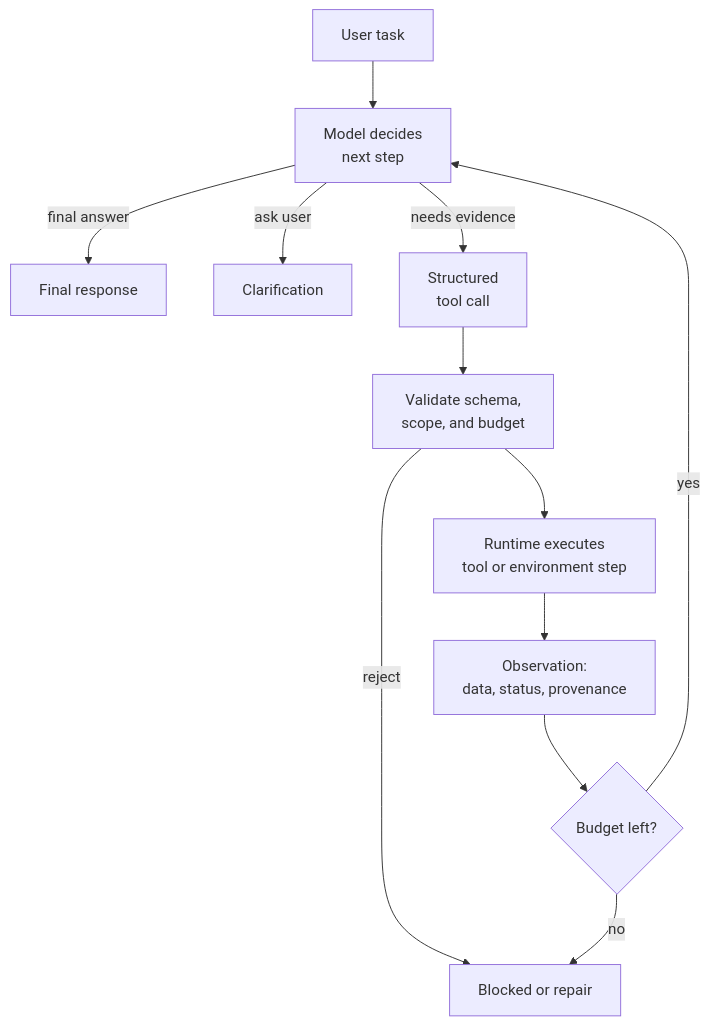
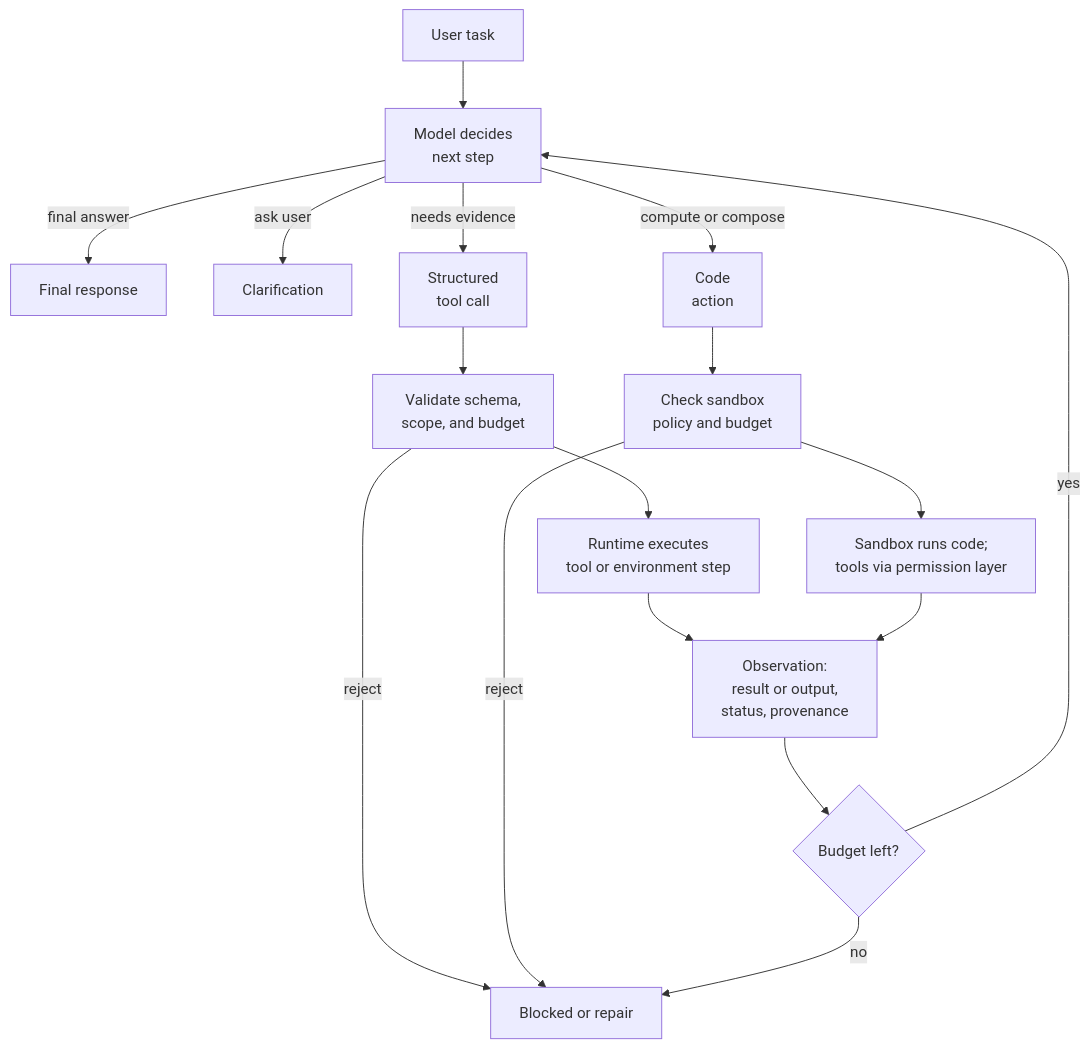
One commit to tilt/data-science-wiki changed the second of 4 diagrams in content/11-generative-ai/agent-loops.md. Above: the diagram before and after it, drawn with Mermaid. The commit also changed other lines of this file and 17 other files, not shown here.

````diff
--- a/content/11-generative-ai/agent-loops.md
+++ b/content/11-generative-ai/agent-loops.md
@@ -119,14 +429,19 @@
 ```mermaid
 flowchart TD
   User[User task] --> Model["Model decides<br/>next step"]
   Model -->|final answer| Final[Final response]
   Model -->|ask user| Ask[Clarification]
   Model -->|needs evidence| ToolCall["Structured<br/>tool call"]
+  Model -->|compute or compose| CodeAction["Code<br/>action"]
   ToolCall --> Validate["Validate schema,<br/>scope, and budget"]
+  CodeAction --> Policy["Check sandbox<br/>policy and budget"]
   Validate -->|reject| Blocked[Blocked or repair]
+  Policy -->|reject| Blocked
   Validate --> Execute["Runtime executes<br/>tool or environment step"]
-  Execute --> Observation["Observation:<br/>data, status, provenance"]
+  Policy --> Sandbox["Sandbox runs code;<br/>tools via permission layer"]
+  Execute --> Observation["Observation:<br/>result or output,<br/>status, provenance"]
+  Sandbox --> Observation
   Observation --> Budget{Budget left?}
   Budget -->|yes| Model
   Budget -->|no| Blocked
 ```
````
